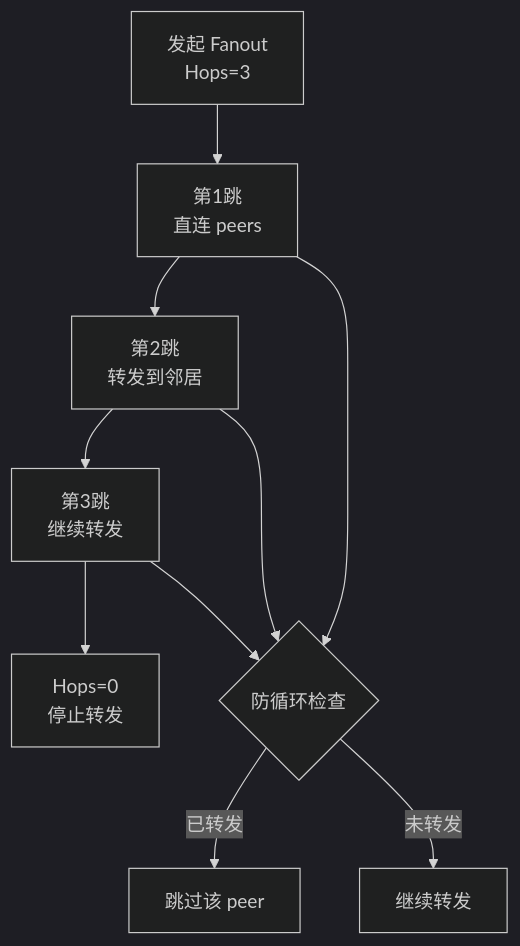
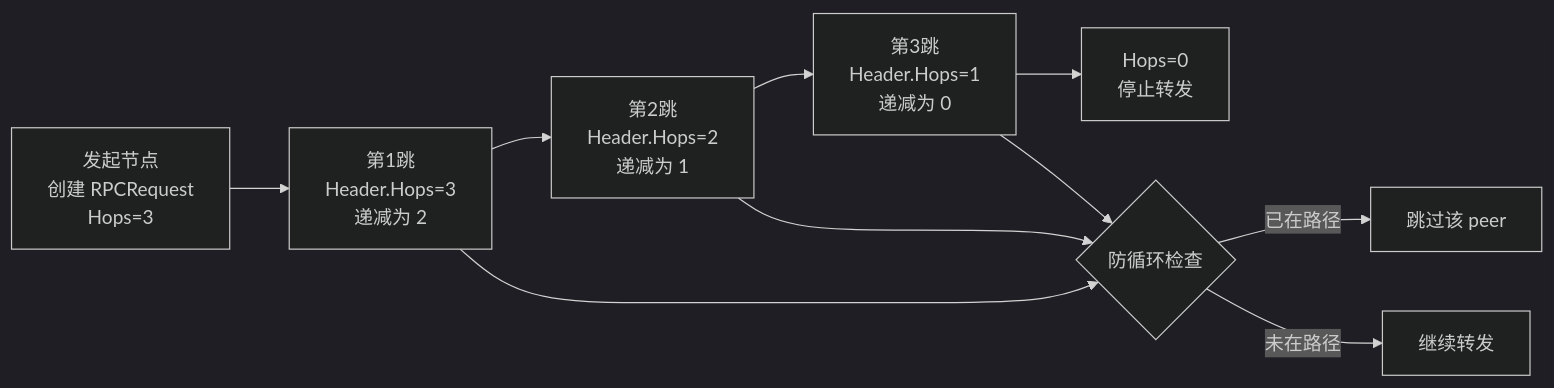
Before and after one commit to jzhang405/NexKV: the fourth of 6 diagrams in docs/06_project_management/pr_documents/feature/2026-02-07_PR-libp2p-003-009_RPC-Performance-Optimization_Pre.md, drawn with Mermaid (dark theme). The commit also changed other lines of this file and 25 other files, not shown here.

````diff
--- a/docs/06_project_management/pr_documents/feature/2026-02-07_PR-libp2p-003-009_RPC-Performance-Optimization_Pre.md
+++ b/docs/06_project_management/pr_documents/feature/2026-02-07_PR-libp2p-003-009_RPC-Performance-Optimization_Pre.md
@@ -408,13 +408,13 @@
 ```mermaid
-flowchart TB
-    A[发起 Fanout<br/>Hops=3] --> B[第1跳<br/>直连 peers]
-    B --> C[第2跳<br/>转发到邻居]
-    C --> D[第3跳<br/>继续转发]
+flowchart LR
+    A[发起节点<br/>创建 RPCRequest<br/>Hops=3] --> B[第1跳<br/>Header.Hops=3<br/>递减为 2]
+    B --> C[第2跳<br/>Header.Hops=2<br/>递减为 1]
+    C --> D[第3跳<br/>Header.Hops=1<br/>递减为 0]
     D --> E[Hops=0<br/>停止转发]
 
     B --> F{防循环检查}
     C --> F
     D --> F
-    F -->|已转发| G[跳过该 peer]
-    F -->|未转发| H[继续转发]
+    F -->|已在路径| G[跳过该 peer]
+    F -->|未在路径| H[继续转发]
 ```
````
